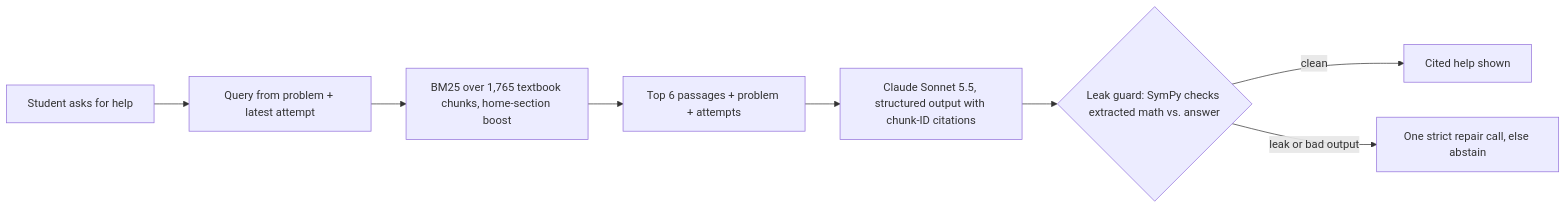
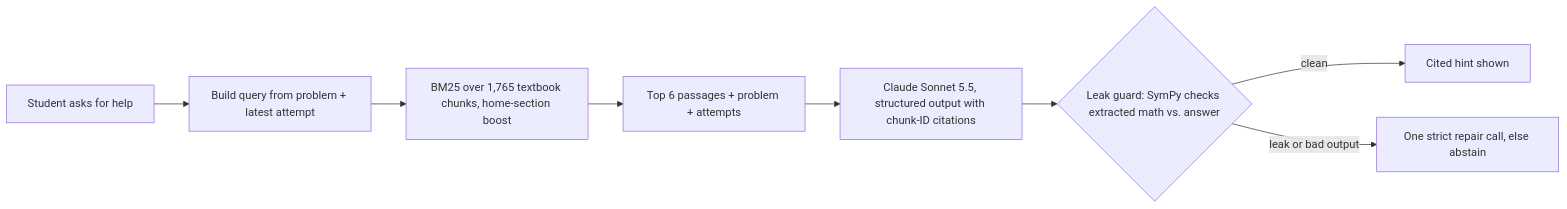
One commit to tgragossian/Tutor changed the diagram in README.md. Above: the diagram before and after it, drawn with Mermaid. The commit also changed other lines of this file and 5 other files, not shown here.

````diff
--- a/README.md
+++ b/README.md
@@ -26,10 +30,10 @@
 ```mermaid
 flowchart LR
-  A[Student asks for help] --> B[Query from problem + latest attempt]
+  A[Student asks for help] --> B[Build query from problem + latest attempt]
   B --> C[BM25 over 1,765 textbook chunks, home-section boost]
   C --> D[Top 6 passages + problem + attempts]
   D --> E[Claude Sonnet 5.5, structured output with chunk-ID citations]
   E --> F{Leak guard: SymPy checks extracted math vs. answer}
-  F -- clean --> G[Cited help shown]
+  F -- clean --> G[Cited hint shown]
   F -- leak or bad output --> H[One strict repair call, else abstain]
 ```
````
